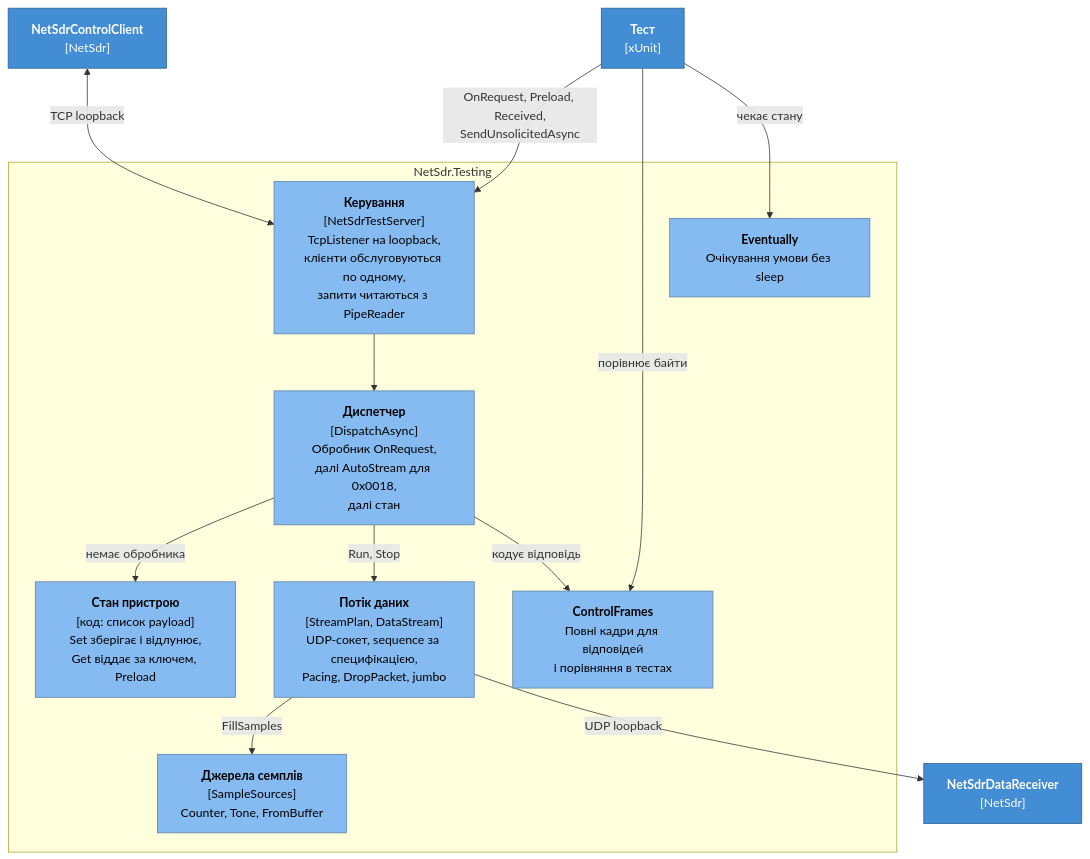
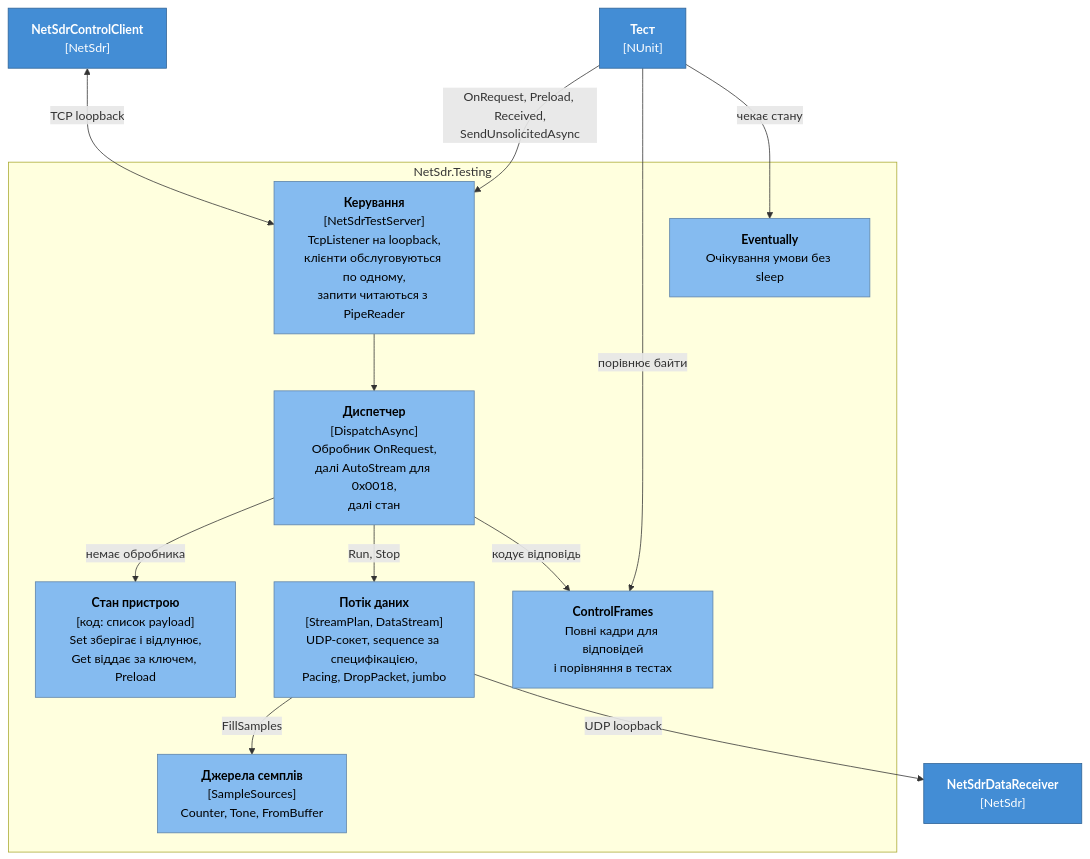
Before and after one commit to vadimart92/NetSdrClient: the fourth of 7 diagrams in docs/architecture.md, drawn with Mermaid. The commit also changed other lines of this file and 53 other files, not shown here.

First line of the commit message:
test: move the tests from xUnit to NUnit

````diff
--- a/docs/architecture.md
+++ b/docs/architecture.md
@@ -198,32 +198,32 @@
 ```mermaid
 flowchart TB
-    test["<b>Тест</b><br/>[xUnit]"]
+    test["<b>Тест</b><br/>[NUnit]"]
     client["<b>NetSdrControlClient</b><br/>[NetSdr]"]
     recv["<b>NetSdrDataReceiver</b><br/>[NetSdr]"]
 
     subgraph testing["NetSdr.Testing"]
         server["<b>Керування</b><br/>[NetSdrTestServer]<br/>TcpListener на loopback,<br/>клієнти обслуговуються по одному,<br/>запити читаються з PipeReader"]
         disp["<b>Диспетчер</b><br/>[DispatchAsync]<br/>Обробник OnRequest,<br/>далі AutoStream для 0x0018,<br/>далі стан"]
         state["<b>Стан пристрою</b><br/>[код: список payload]<br/>Set зберігає і відлунює,<br/>Get віддає за ключем, Preload"]
         stream["<b>Потік даних</b><br/>[StreamPlan, DataStream]<br/>UDP-сокет, sequence за специфікацією,<br/>Pacing, DropPacket, jumbo"]
         sources["<b>Джерела семплів</b><br/>[SampleSources]<br/>Counter, Tone, FromBuffer"]
         frames["<b>ControlFrames</b><br/>Повні кадри для відповідей<br/>і порівняння в тестах"]
         eventually["<b>Eventually</b><br/>Очікування умови без sleep"]
     end
 
     test -->|"OnRequest, Preload, Received,<br/>SendUnsolicitedAsync"| server
     test -->|"порівнює байти"| frames
     test -->|"чекає стану"| eventually
     client <-->|"TCP loopback"| server
     server --> disp
     disp -->|"немає обробника"| state
     disp -->|"Run, Stop"| stream
     disp -->|"кодує відповідь"| frames
     stream -->|"FillSamples"| sources
     stream -->|"UDP loopback"| recv
 
     classDef component fill:#85BBF0,stroke:#5D82A8,color:#000
     classDef container fill:#438DD5,stroke:#2E6295,color:#fff
     class server,disp,state,stream,sources,frames,eventually component
     class test,client,recv container
 ```
````
